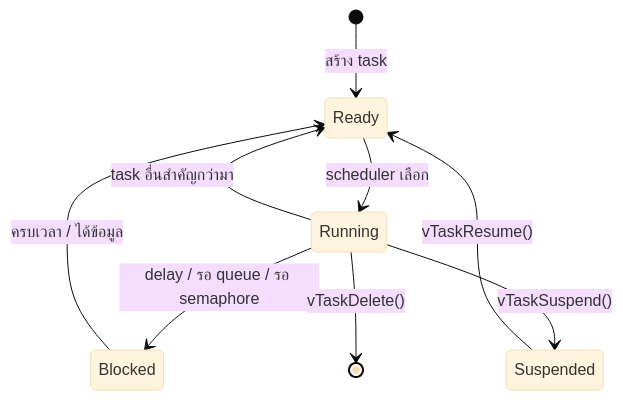
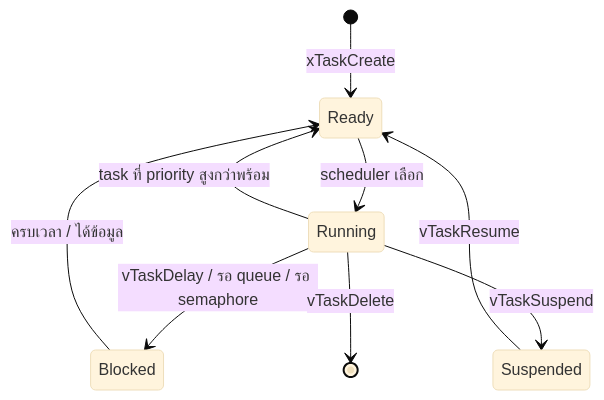
Before and after one commit to Taopoon/kmutt-nd69-learning-notes: the fourth of 5 diagrams in nd1/03-esp-idf-hello-world.md, drawn with Mermaid (base theme). The commit also changed other lines of this file, not shown here.

````diff
--- a/nd1/03-esp-idf-hello-world.md
+++ b/nd1/03-esp-idf-hello-world.md
@@ -33,11 +268,11 @@
 ```mermaid
 stateDiagram-v2
-    [*] --> Ready: สร้าง task
+    [*] --> Ready: xTaskCreate
     Ready --> Running: scheduler เลือก
-    Running --> Ready: task อื่นสำคัญกว่ามา
-    Running --> Blocked: delay / รอ queue / รอ semaphore
+    Running --> Ready: task ที่ priority สูงกว่าพร้อม
+    Running --> Blocked: vTaskDelay / รอ queue / รอ semaphore
     Blocked --> Ready: ครบเวลา / ได้ข้อมูล
-    Running --> Suspended: vTaskSuspend()
-    Suspended --> Ready: vTaskResume()
-    Running --> [*]: vTaskDelete()
+    Running --> Suspended: vTaskSuspend
+    Suspended --> Ready: vTaskResume
+    Running --> [*]: vTaskDelete
 ```
````
